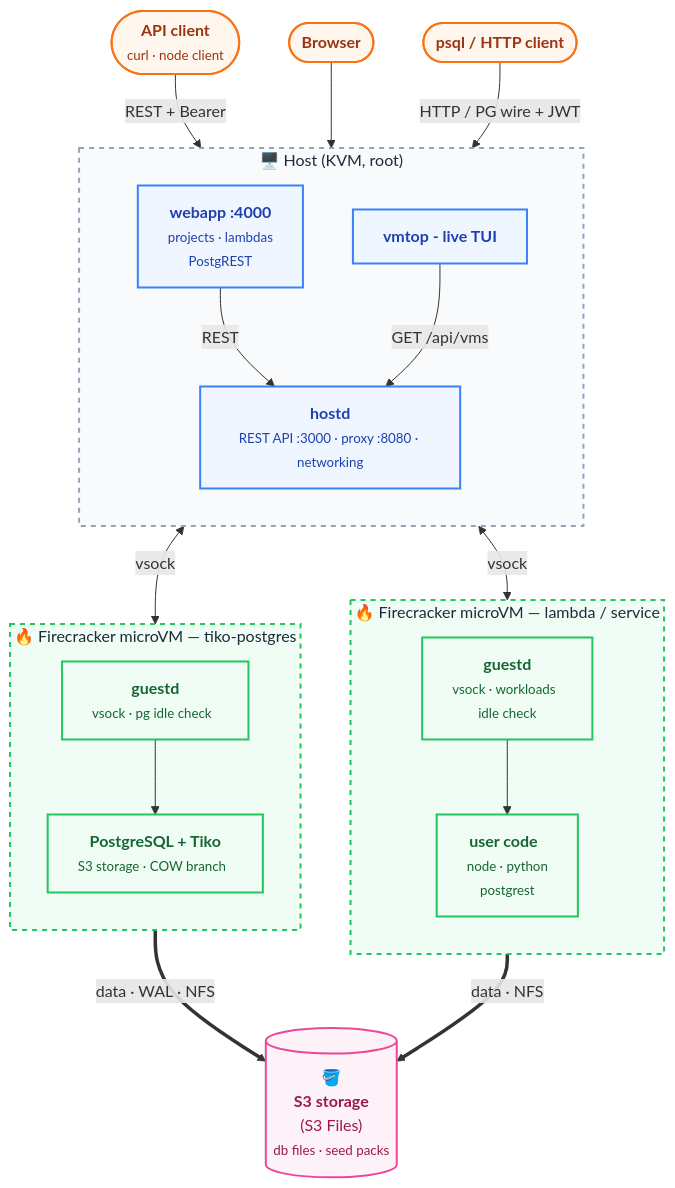
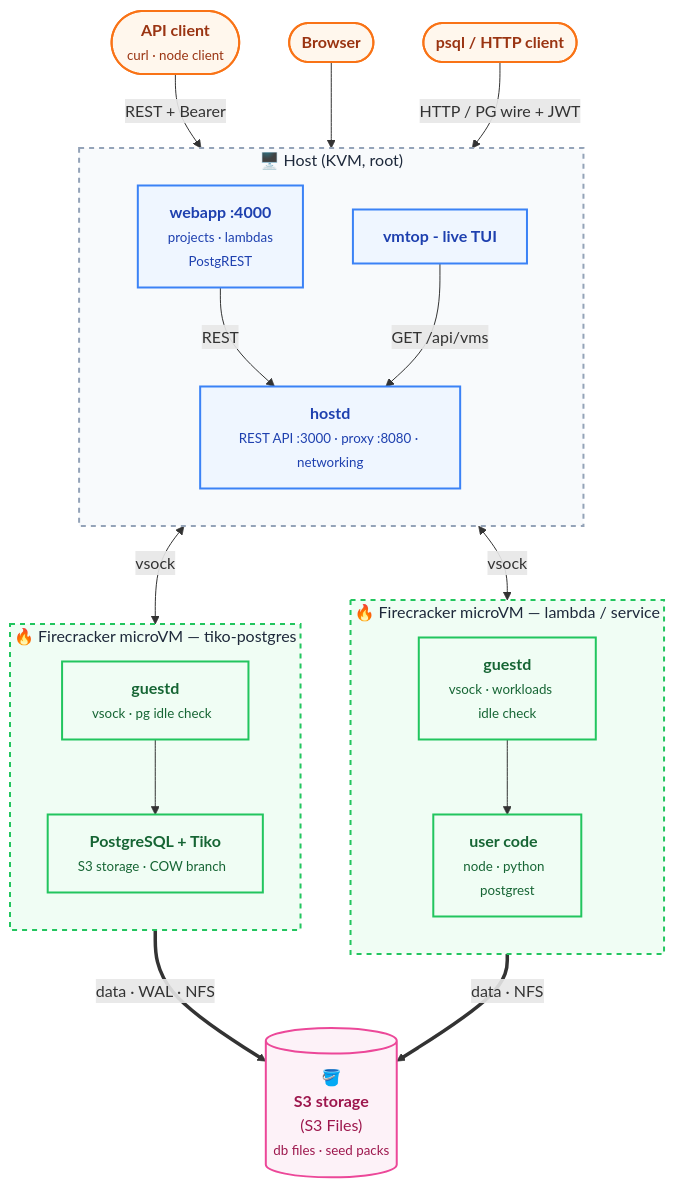
One commit to burmecia/tikovm changed the diagram in README.md. Above: the diagram before and after it, drawn with Mermaid.

Commit message:
update README diagram

````diff
--- a/README.md
+++ b/README.md
@@ -48,55 +48,55 @@
 ```mermaid
 %%{init: {"themeVariables": {"titleColor": "#1e293b", "clusterBkg": "#f8fafc", "clusterBorder": "#94a3b8"}}}%%
 flowchart TB
   Client(["<b>API client</b><br/><small>curl · node client</small>"])
   Browser(["<b>Browser</b>"])
   Psql(["<b>psql / HTTP client</b>"])
 
   subgraph Host ["🖥️ Host (KVM, root)"]
     direction TB
     Hostd["<b>hostd</b><br/><small>REST API :3000 · proxy :8080 · networking</small>"]
     Webapp["<b>webapp :4000</b><br/><small>projects · lambdas<br/>PostgREST</small>"]
     Vmtop["<b>vmtop - live TUI</b>"]
   end
 
   subgraph VM1 ["🔥 Firecracker microVM — lambda / service"]
     direction TB
-    Guest1["<b>guestd</b><br/><small>vsock · workloads&nbsp;&nbsp;<br/>idle check</small>"]
-    App1["<b>user code&nbsp;&nbsp;</b><br/><small>node · python<br/>postgrest</small>"]
+    Guest1["<b>guestd</b><br/><small>vsock · workloads&nbsp;&nbsp;&nbsp;&nbsp;<br/>idle check</small>"]
+    App1["<b>user code&nbsp;&nbsp;</b><br/><small>node · python&nbsp;&nbsp;<br/>postgrest</small>"]
     Guest1 --> App1
   end
 
   subgraph VM2 ["🔥 Firecracker microVM — tiko-postgres"]
     direction TB
     Guest2["<b>guestd</b><br/><small>vsock · pg idle check&nbsp;&nbsp;</small>"]
     PG2["<b>PostgreSQL + Tiko</b><br/><small>S3 storage · COW branch&nbsp;&nbsp;</small>"]
     Guest2 --> PG2
   end
 
   S3[("🪣<br/><b>S3 storage</b><br/>(S3 Files)<br/><small>db files · seed packs</small>")]
 
   Client -->|REST + Bearer| Hostd
   Browser --> Webapp
   Webapp -->|REST| Hostd
   Vmtop -->|GET /api/vms| Hostd
   Psql -->|HTTP / PG wire + JWT| Hostd
   Hostd <-->|vsock| Guest1
   Hostd <-->|vsock| Guest2
   PG2 ==>|data · WAL · NFS| S3
   App1 ==>|data · NFS| S3
 
   classDef client fill:#fff7ed,stroke:#f97316,stroke-width:2px,color:#9a3412
   classDef control fill:#eff6ff,stroke:#3b82f6,stroke-width:2px,color:#1e40af
   classDef vm fill:#f0fdf4,stroke:#22c55e,stroke-width:2px,color:#166534
   classDef storage fill:#fdf2f8,stroke:#ec4899,stroke-width:2px,color:#9d174d
 
   class Client,Browser,Psql client
   class Hostd,Webapp,Vmtop control
   class Guest1,App1,Guest2,PG2 vm
   class S3 storage
 
   style Host fill:#f8fafc,stroke:#94a3b8,stroke-width:2px,stroke-dasharray:5 5
   style VM1 fill:#f0fdf4,stroke:#22c55e,stroke-width:2px,stroke-dasharray:5 5
   style VM2 fill:#f0fdf4,stroke:#22c55e,stroke-width:2px,stroke-dasharray:5 5
   style S3 fill:#fdf2f8,stroke:#ec4899,stroke-width:2px
 ```
````
